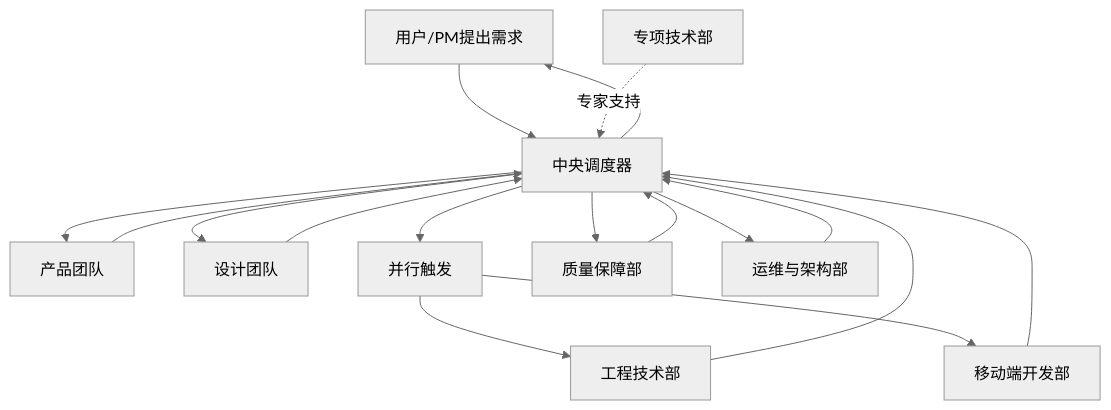
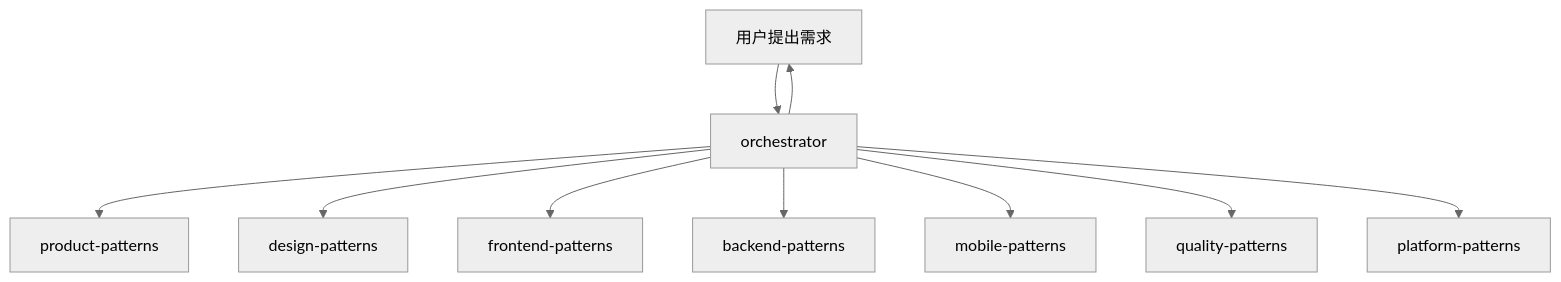
One commit to Tooooommy/Trae-Workflow changed the diagram in README.md. Above: the diagram before and after it, drawn with Mermaid (neutral theme). The commit also changed other lines of this file and 6 other files, not shown here.

Commit message:
refactor: simplify architecture - only orchestrator agent remains

````diff
--- a/README.md
+++ b/README.md
@@ -34,27 +34,12 @@
 ```mermaid
 flowchart TD
-    User[用户/PM提出需求] --> Orchestrator[中央调度器]
-
-    Orchestrator --> Product[产品团队]
-    Product --> Orchestrator
-
-    Orchestrator --> Design[设计团队]
-    Design --> Orchestrator
-
-    Orchestrator --> Parallel[并行触发]
-    Parallel --> Dev[工程技术部]
-    Parallel --> Mobile[移动端开发部]
-
-    Dev --> Orchestrator
-    Mobile --> Orchestrator
-
-    Orchestrator --> QA[质量保障部]
-    QA --> Orchestrator
-
-    Orchestrator --> Ops[运维与架构部]
-    Ops --> Orchestrator
-
+    User[用户提出需求] --> Orchestrator[orchestrator]
+    Orchestrator --> Product[product-patterns]
+    Orchestrator --> Design[design-patterns]
+    Orchestrator --> Frontend[frontend-patterns]
+    Orchestrator --> Backend[backend-patterns]
+    Orchestrator --> Mobile[mobile-patterns]
+    Orchestrator --> QA[quality-patterns]
+    Orchestrator --> Ops[platform-patterns]
     Orchestrator --> User
-
-    Expert[专项技术部] -. 专家支持 .-> Orchestrator
 ```
````
